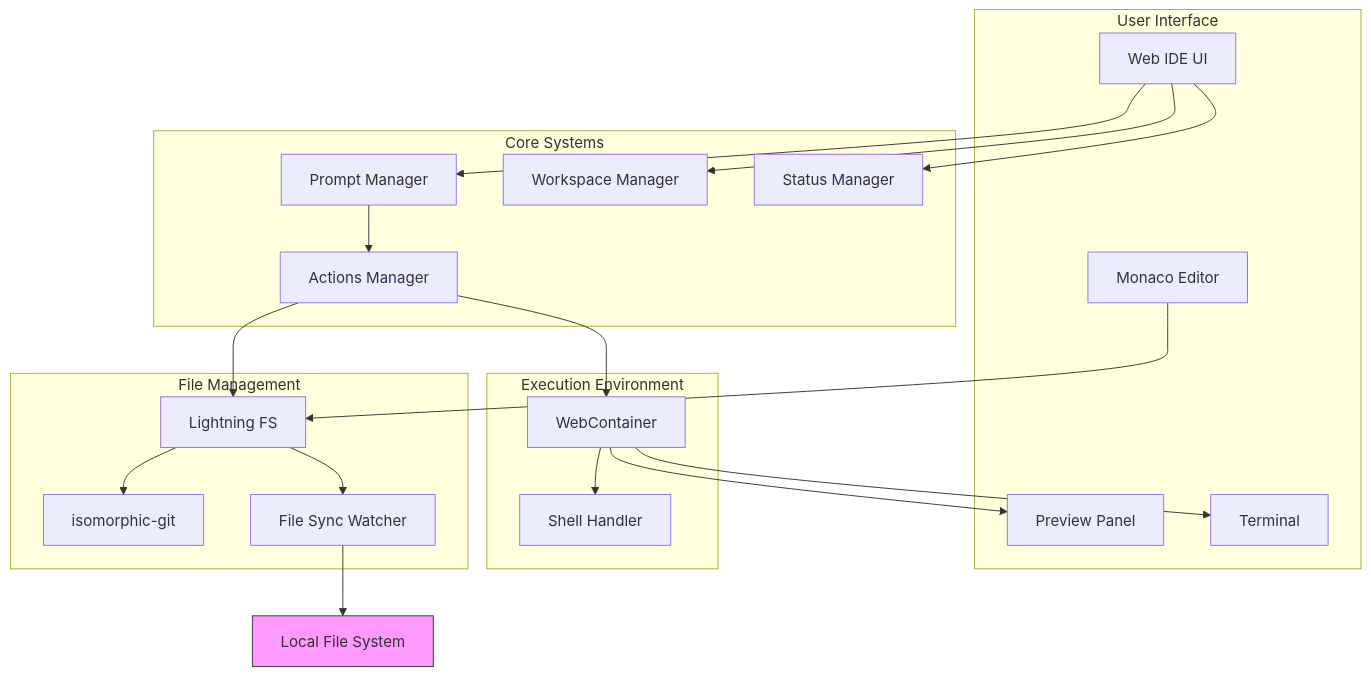
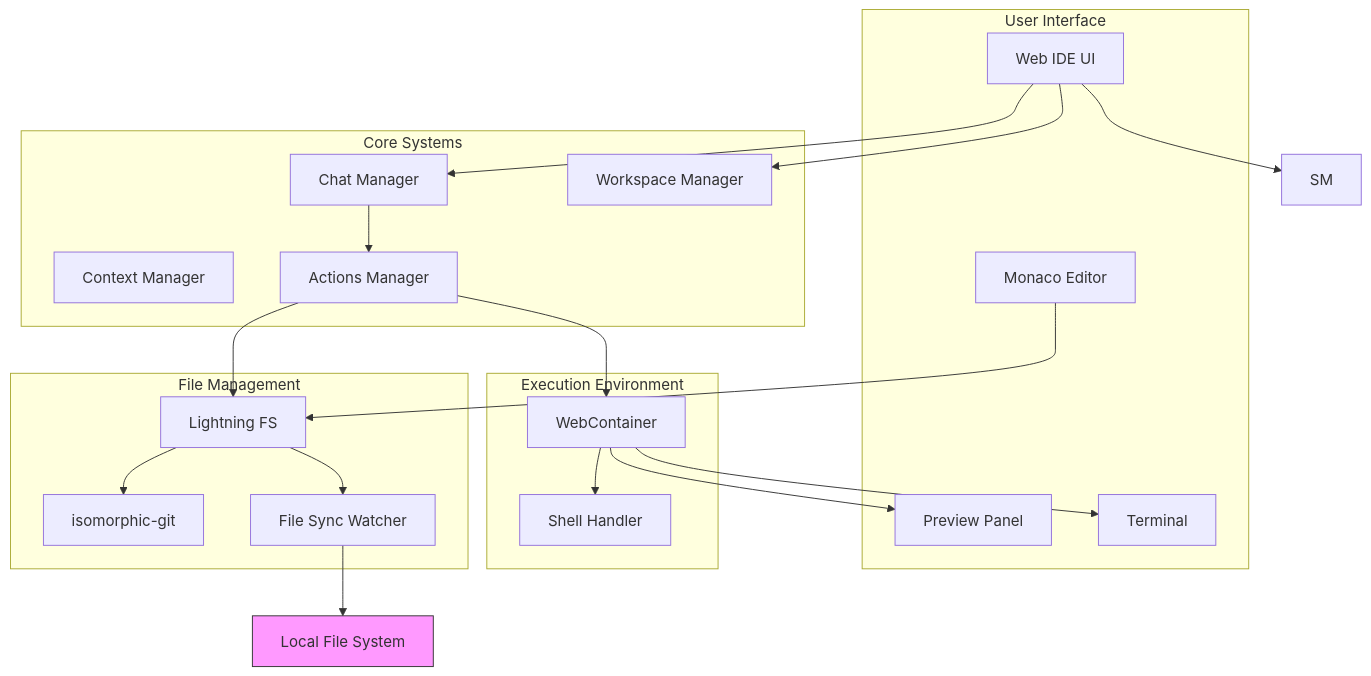
The first of 21 diagrams in architecture.md (mrsimpson/piddie), drawn with Mermaid before and after one commit. The commit also changed other lines of this file, not shown here.

Commit message:
Architecture: Introduce dedicated context management

````diff
--- a/architecture.md
+++ b/architecture.md
@@ -24,46 +24,46 @@
 ```mermaid
 graph TD
     subgraph "User Interface"
         UI[Web IDE UI]
         ED[Monaco Editor]
         PV[Preview Panel]
         TR[Terminal]
     end
 
     subgraph "Core Systems"
-        PM[Prompt Manager]
+        CHM[Chat Manager]
+        CM[Context Manager]
         AM[Actions Manager]
         WM[Workspace Manager]
-        SM[Status Manager]
     end
 
     subgraph "File Management"
         LFS[Lightning FS]
         IG[isomorphic-git]
         FSW[File Sync Watcher]
     end
 
     subgraph "Execution Environment"
         WC[WebContainer]
         SH[Shell Handler]
     end
 
-    UI --> PM
+    UI --> CHM
     UI --> WM
     UI --> SM
     ED --> LFS
     
-    PM --> AM
+    CHM --> AM
     AM --> LFS
     AM --> WC
     
     LFS --> IG
     LFS --> FSW
     FSW --> LocalFS[Local File System]
     
     WC --> SH
     WC --> PV
     WC --> TR
     
     style LocalFS fill:#f9f,stroke:#333
 ```
````
